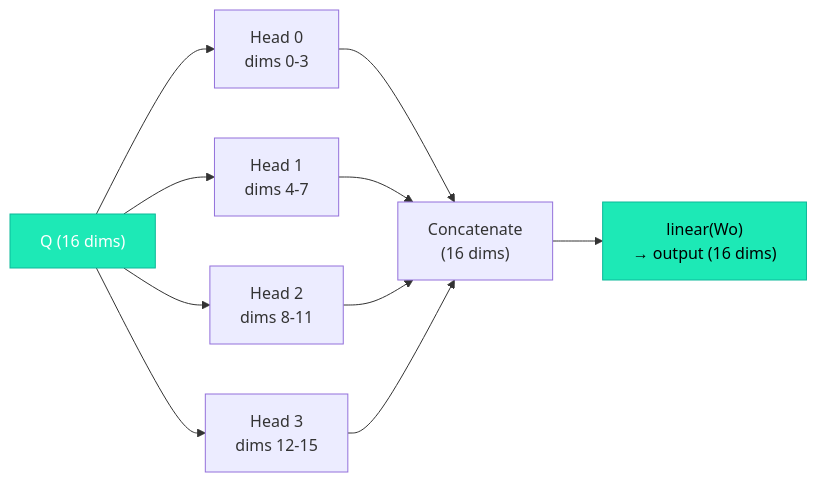
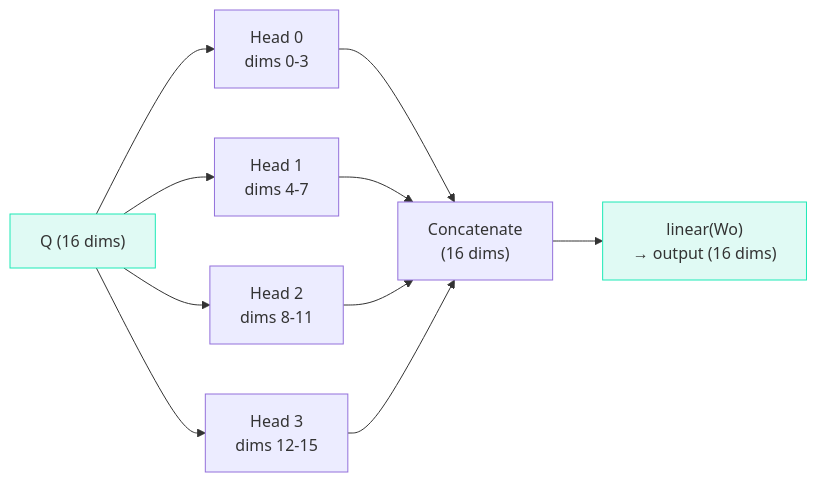
One commit to iamkhalid2/microgpt-course changed the diagram in docs/03-the-architecture/06-multi-head-attention.md. Above: the diagram before and after it, drawn with Mermaid. The commit also changed 21 other files, not shown here.

Commit message:
Fix Mermaid: remove hardcoded text color (theme-adaptive), add mobile scrolling, fix \\n to br

````diff
--- a/docs/03-the-architecture/06-multi-head-attention.md
+++ b/docs/03-the-architecture/06-multi-head-attention.md
@@ -17,15 +17,15 @@
 ```mermaid
 flowchart LR
-    Q["Q (16 dims)"] --> H0["Head 0\ndims 0-3"]
-    Q --> H1["Head 1\ndims 4-7"]
-    Q --> H2["Head 2\ndims 8-11"]
-    Q --> H3["Head 3\ndims 12-15"]
-    H0 --> CAT["Concatenate\n(16 dims)"]
+    Q["Q (16 dims)"] --> H0["Head 0<br>dims 0-3"]
+    Q --> H1["Head 1<br>dims 4-7"]
+    Q --> H2["Head 2<br>dims 8-11"]
+    Q --> H3["Head 3<br>dims 12-15"]
+    H0 --> CAT["Concatenate<br>(16 dims)"]
     H1 --> CAT
     H2 --> CAT
     H3 --> CAT
-    CAT --> WO["linear(Wo)\n→ output (16 dims)"]
+    CAT --> WO["linear(Wo)<br>→ output (16 dims)"]
 
-    style Q fill:#1de9b6,stroke:#0db99a,color:#fff
-    style WO fill:#1de9b6,stroke:#0db99a,color:#000
+    style Q fill:#e0faf4,stroke:#1de9b6
+    style WO fill:#e0faf4,stroke:#1de9b6
 ```
````
